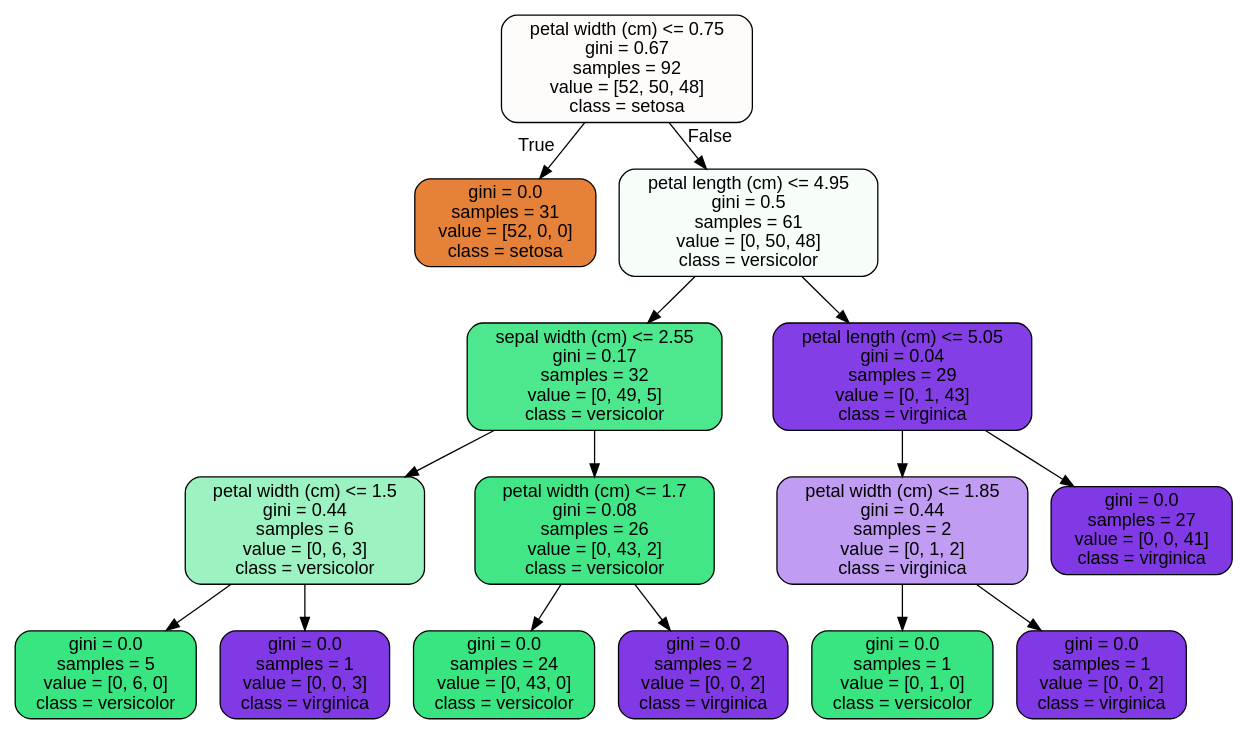
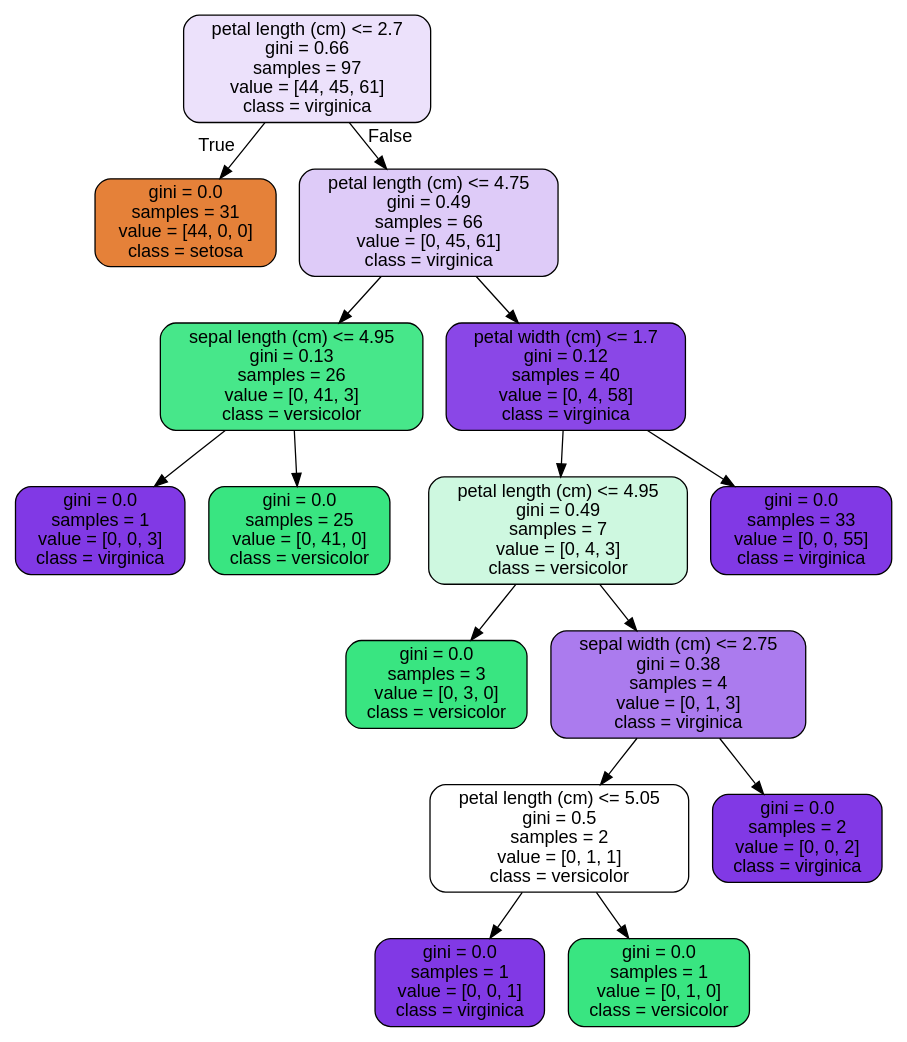
The diagram in tree.dot (abhiram540/Covid19-RandomForest-CaseStudy), drawn with Graphviz before and after one commit. The commit also changed 3 other files, not shown here.

```diff
--- a/tree.dot
+++ b/tree.dot
@@ -1,33 +1,33 @@
 digraph Tree {
 node [shape=box, style="filled, rounded", color="black", fontname=helvetica] ;
 edge [fontname=helvetica] ;
-0 [label="petal width (cm) <= 0.75\ngini = 0.67\nsamples = 92\nvalue = [52, 50, 48]\nclass = setosa", fillcolor="#fefcfb"] ;
-1 [label="gini = 0.0\nsamples = 31\nvalue = [52, 0, 0]\nclass = setosa", fillcolor="#e58139"] ;
+0 [label="petal length (cm) <= 2.7\ngini = 0.66\nsamples = 97\nvalue = [44, 45, 61]\nclass = virginica", fillcolor="#ece1fb"] ;
+1 [label="gini = 0.0\nsamples = 31\nvalue = [44, 0, 0]\nclass = setosa", fillcolor="#e58139"] ;
 0 -> 1 [labeldistance=2.5, labelangle=45, headlabel="True"] ;
-2 [label="petal length (cm) <= 4.95\ngini = 0.5\nsamples = 61\nvalue = [0, 50, 48]\nclass = versicolor", fillcolor="#f7fefa"] ;
+2 [label="petal length (cm) <= 4.75\ngini = 0.49\nsamples = 66\nvalue = [0, 45, 61]\nclass = virginica", fillcolor="#decbf8"] ;
 0 -> 2 [labeldistance=2.5, labelangle=-45, headlabel="False"] ;
-3 [label="sepal width (cm) <= 2.55\ngini = 0.17\nsamples = 32\nvalue = [0, 49, 5]\nclass = versicolor", fillcolor="#4de88e"] ;
+3 [label="sepal length (cm) <= 4.95\ngini = 0.13\nsamples = 26\nvalue = [0, 41, 3]\nclass = versicolor", fillcolor="#47e78a"] ;
 2 -> 3 ;
-4 [label="petal width (cm) <= 1.5\ngini = 0.44\nsamples = 6\nvalue = [0, 6, 3]\nclass = versicolor", fillcolor="#9cf2c0"] ;
+4 [label="gini = 0.0\nsamples = 1\nvalue = [0, 0, 3]\nclass = virginica", fillcolor="#8139e5"] ;
 3 -> 4 ;
-5 [label="gini = 0.0\nsamples = 5\nvalue = [0, 6, 0]\nclass = versicolor", fillcolor="#39e581"] ;
-4 -> 5 ;
-6 [label="gini = 0.0\nsamples = 1\nvalue = [0, 0, 3]\nclass = virginica", fillcolor="#8139e5"] ;
-4 -> 6 ;
-7 [label="petal width (cm) <= 1.7\ngini = 0.08\nsamples = 26\nvalue = [0, 43, 2]\nclass = versicolor", fillcolor="#42e687"] ;
-3 -> 7 ;
-8 [label="gini = 0.0\nsamples = 24\nvalue = [0, 43, 0]\nclass = versicolor", fillcolor="#39e581"] ;
+5 [label="gini = 0.0\nsamples = 25\nvalue = [0, 41, 0]\nclass = versicolor", fillcolor="#39e581"] ;
+3 -> 5 ;
+6 [label="petal width (cm) <= 1.7\ngini = 0.12\nsamples = 40\nvalue = [0, 4, 58]\nclass = virginica", fillcolor="#8a47e7"] ;
+2 -> 6 ;
+7 [label="petal length (cm) <= 4.95\ngini = 0.49\nsamples = 7\nvalue = [0, 4, 3]\nclass = versicolor", fillcolor="#cef8e0"] ;
+6 -> 7 ;
+8 [label="gini = 0.0\nsamples = 3\nvalue = [0, 3, 0]\nclass = versicolor", fillcolor="#39e581"] ;
 7 -> 8 ;
-9 [label="gini = 0.0\nsamples = 2\nvalue = [0, 0, 2]\nclass = virginica", fillcolor="#8139e5"] ;
+9 [label="sepal width (cm) <= 2.75\ngini = 0.38\nsamples = 4\nvalue = [0, 1, 3]\nclass = virginica", fillcolor="#ab7bee"] ;
 7 -> 9 ;
-10 [label="petal length (cm) <= 5.05\ngini = 0.04\nsamples = 29\nvalue = [0, 1, 43]\nclass = virginica", fillcolor="#843ee6"] ;
-2 -> 10 ;
-11 [label="petal width (cm) <= 1.85\ngini = 0.44\nsamples = 2\nvalue = [0, 1, 2]\nclass = virginica", fillcolor="#c09cf2"] ;
+10 [label="petal length (cm) <= 5.05\ngini = 0.5\nsamples = 2\nvalue = [0, 1, 1]\nclass = versicolor", fillcolor="#ffffff"] ;
+9 -> 10 ;
+11 [label="gini = 0.0\nsamples = 1\nvalue = [0, 0, 1]\nclass = virginica", fillcolor="#8139e5"] ;
 10 -> 11 ;
 12 [label="gini = 0.0\nsamples = 1\nvalue = [0, 1, 0]\nclass = versicolor", fillcolor="#39e581"] ;
-11 -> 12 ;
-13 [label="gini = 0.0\nsamples = 1\nvalue = [0, 0, 2]\nclass = virginica", fillcolor="#8139e5"] ;
-11 -> 13 ;
-14 [label="gini = 0.0\nsamples = 27\nvalue = [0, 0, 41]\nclass = virginica", fillcolor="#8139e5"] ;
-10 -> 14 ;
+10 -> 12 ;
+13 [label="gini = 0.0\nsamples = 2\nvalue = [0, 0, 2]\nclass = virginica", fillcolor="#8139e5"] ;
+9 -> 13 ;
+14 [label="gini = 0.0\nsamples = 33\nvalue = [0, 0, 55]\nclass = virginica", fillcolor="#8139e5"] ;
+6 -> 14 ;
 }
```
